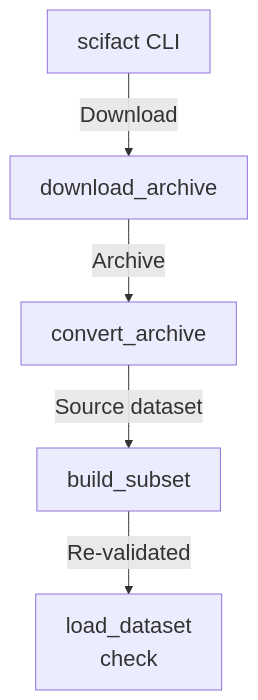
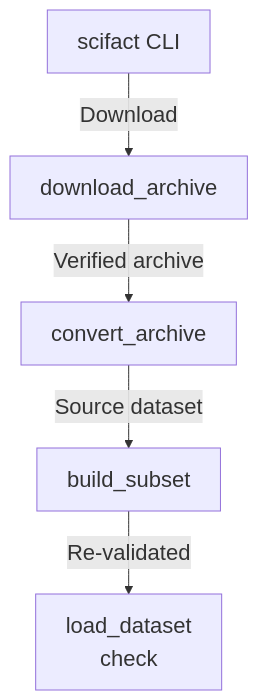
The fifth of 5 diagrams in maps/evaluation/README.md (Justin-Mendoza/Afterclass), drawn with Mermaid before and after one commit. The commit also changed other lines of this file and 83 other files, not shown here.

````diff
--- a/maps/evaluation/README.md
+++ b/maps/evaluation/README.md
@@ -245,13 +217,13 @@
 ```mermaid
 %%{init: {"themeVariables": {"fontSize": "22px"}}}%%
 flowchart TD
   n0["scifact CLI"]
   n1["download_archive"]
   n2["convert_archive"]
   n3["build_subset"]
   n4["load_dataset<br/>check"]
   n0 -->|"Download"| n1
-  n1 -->|"Archive"| n2
+  n1 -->|"Verified archive"| n2
   n2 -->|"Source dataset"| n3
   n3 -->|"Re-validated"| n4
 ```
````
